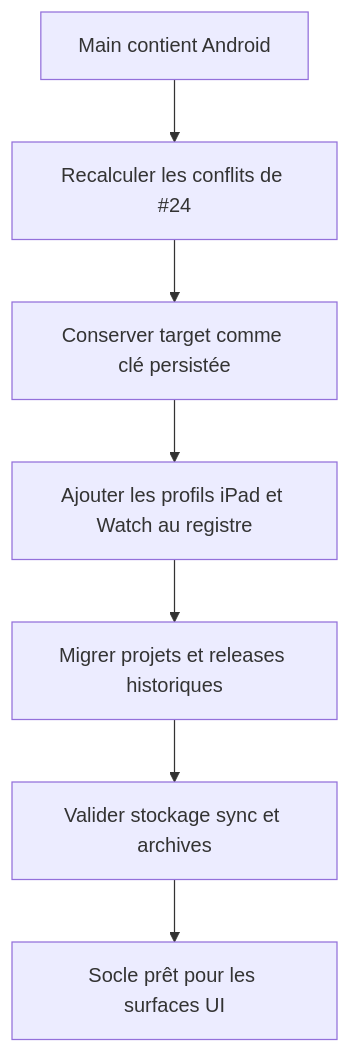
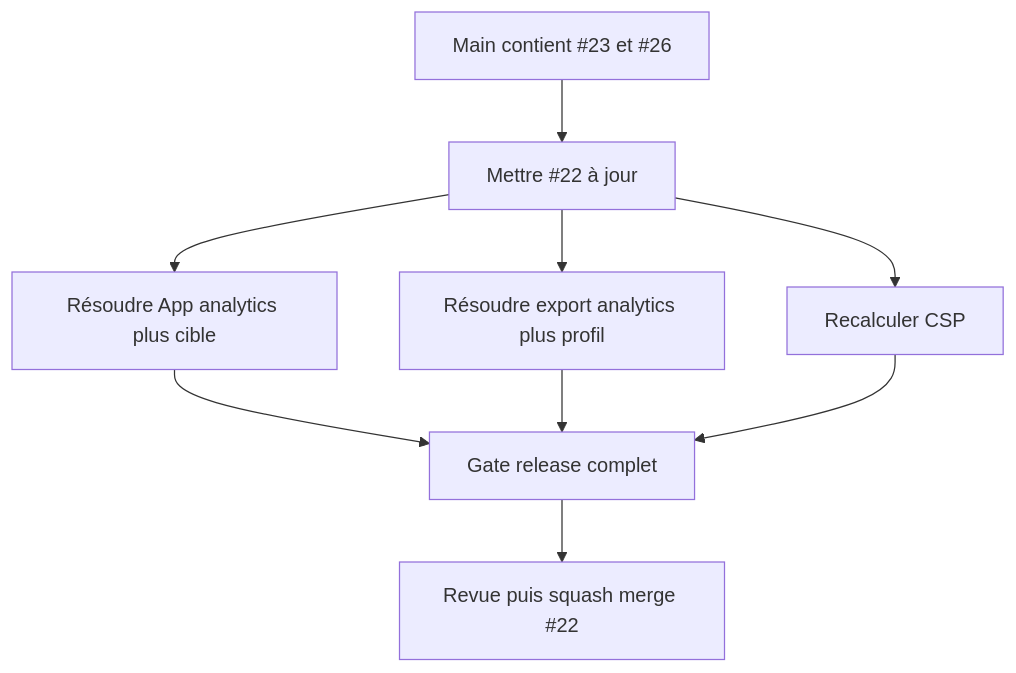
Before and after one commit to neogenz/screenforge: the first of 2 diagrams in aidd_docs/tasks/2026_08/2026_08_22_integrate-open-pull-requests/phase-4.md, drawn with Mermaid. The commit also changed other lines of this file and 8 other files, not shown here.

````diff
--- a/aidd_docs/tasks/2026_08/2026_08_22_integrate-open-pull-requests/phase-4.md
+++ b/aidd_docs/tasks/2026_08/2026_08_22_integrate-open-pull-requests/phase-4.md
@@ -31,9 +33,11 @@
 ```mermaid
 flowchart TD
-  A[Main contient Android] --> B[Recalculer les conflits de #24]
-  B --> C[Conserver target comme clé persistée]
-  C --> D[Ajouter les profils iPad et Watch au registre]
-  D --> E[Migrer projets et releases historiques]
-  E --> F[Valider stockage sync et archives]
-  F --> G[Socle prêt pour les surfaces UI]
+  A[Main contient #23 et #26] --> B[Mettre #22 à jour]
+  B --> C[Résoudre App analytics plus cible]
+  B --> D[Résoudre export analytics plus profil]
+  B --> E[Recalculer CSP]
+  C --> F[Gate release complet]
+  D --> F
+  E --> F
+  F --> G[Revue puis squash merge #22]
 ```
````
